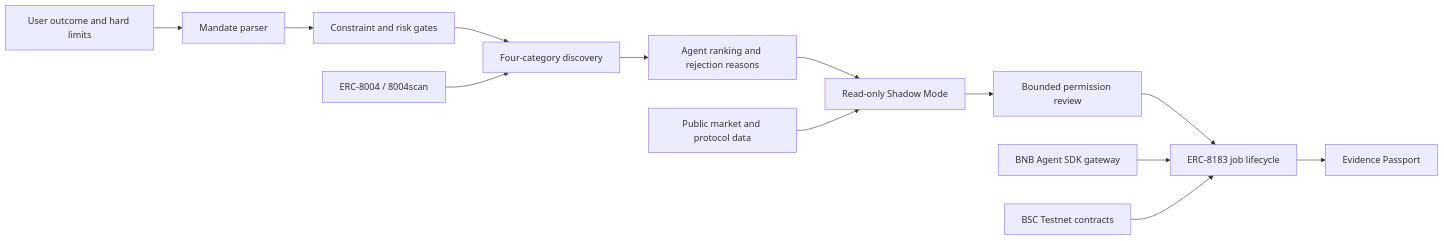
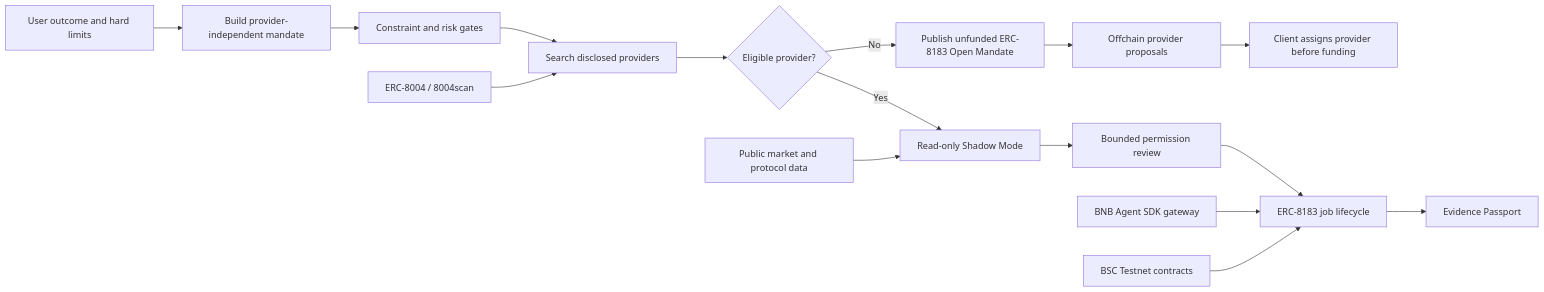
The diagram in docs/architecture.md (KaiVenn52/mandate-bnb-agent), drawn with Mermaid before and after one commit. The commit also changed other lines of this file and 7 other files, not shown here.

Commit message:
Separate mandate building from open marketplace requests

````diff
--- a/docs/architecture.md
+++ b/docs/architecture.md
@@ -5,16 +5,19 @@
 ```mermaid
 flowchart LR
-  U[User outcome and hard limits] --> P[Mandate parser]
+  U[User outcome and hard limits] --> P[Build provider-independent mandate]
   P --> G[Constraint and risk gates]
-  G --> D[Four-category discovery]
-  D --> R[Agent ranking and rejection reasons]
-  R --> S[Read-only Shadow Mode]
+  G --> D[Search disclosed providers]
+  D --> R{Eligible provider?}
+  R -->|Yes| S[Read-only Shadow Mode]
+  R -->|No| O[Publish unfunded ERC-8183 Open Mandate]
+  O --> Q[Offchain provider proposals]
+  Q --> V[Client assigns provider before funding]
   S --> A[Bounded permission review]
   A --> J[ERC-8183 job lifecycle]
   J --> E[Evidence Passport]
 
   I[ERC-8004 / 8004scan] --> D
   M[Public market and protocol data] --> S
   B[BNB Agent SDK gateway] --> J
   C[BSC Testnet contracts] --> J
 ```
````
